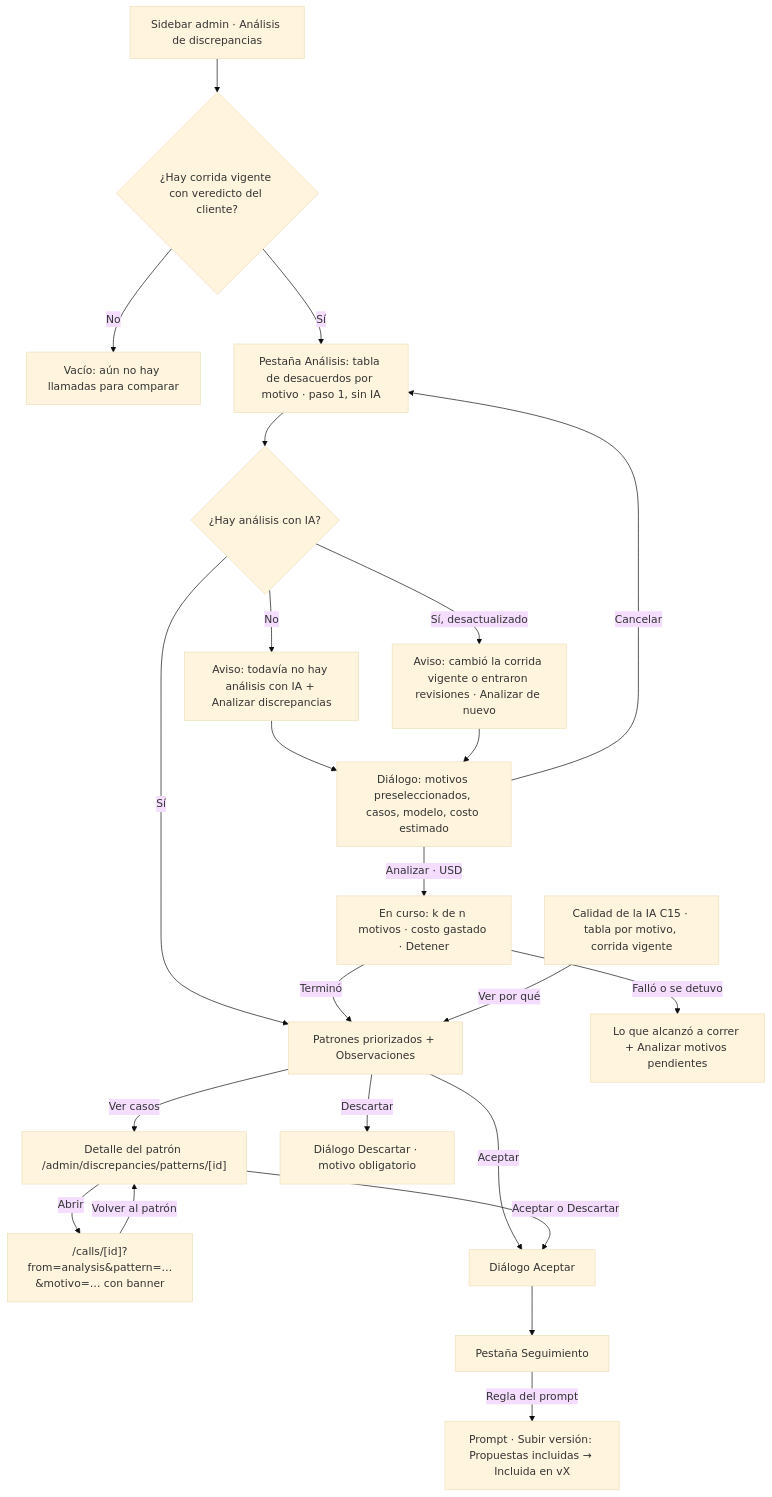
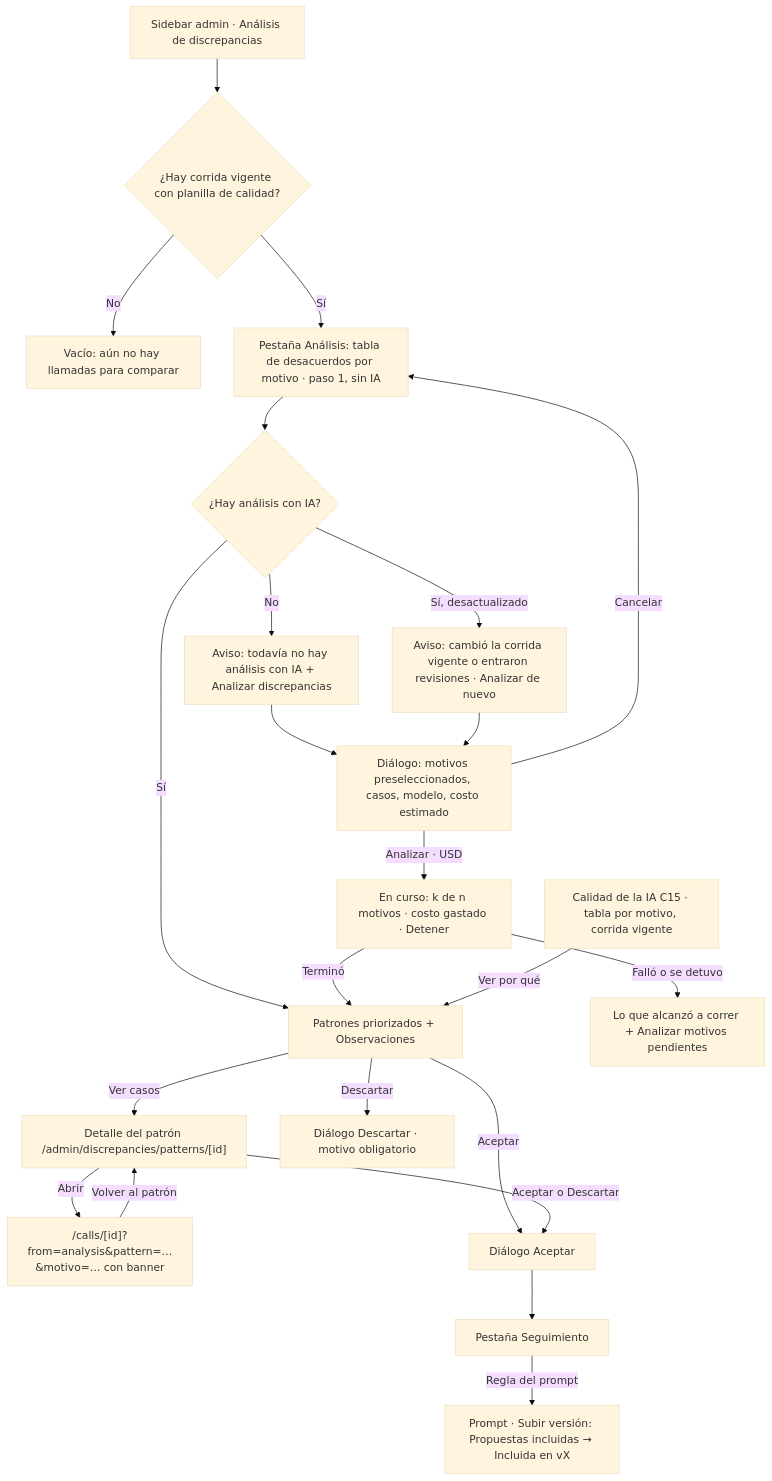
One commit to JRothkegel-QEnergy/Call-audit changed the diagram in docs/ux/call-audit/16-ia-discrepancias.md. Above: the diagram before and after it, drawn with Mermaid (base theme). The commit also changed other lines of this file and 43 other files, not shown here.

First line of the commit message:
feat(frontend): Cambio 17, "Planilla de calidad" y "la empresa" en vez de "cliente"

````diff
--- a/docs/ux/call-audit/16-ia-discrepancias.md
+++ b/docs/ux/call-audit/16-ia-discrepancias.md
@@ -135,25 +136,25 @@
 ```mermaid
 flowchart TD
-  A[Sidebar admin · Análisis de discrepancias] --> B{¿Hay corrida vigente con veredicto del cliente?}
+  A[Sidebar admin · Análisis de discrepancias] --> B{¿Hay corrida vigente con planilla de calidad?}
   B -- No --> B0[Vacío: aún no hay llamadas para comparar]
   B -- Sí --> C[Pestaña Análisis: tabla de desacuerdos por motivo · paso 1, sin IA]
   C --> D{¿Hay análisis con IA?}
   D -- No --> D0[Aviso: todavía no hay análisis con IA + Analizar discrepancias]
   D -- Sí, desactualizado --> D1[Aviso: cambió la corrida vigente o entraron revisiones · Analizar de nuevo]
   D -- Sí --> E[Patrones priorizados + Observaciones]
   D0 --> L[Diálogo: motivos preseleccionados, casos, modelo, costo estimado]
   D1 --> L
   L -- Cancelar --> C
   L -- Analizar · USD --> M[En curso: k de n motivos · costo gastado · Detener]
   M -- Terminó --> E
   M -- Falló o se detuvo --> M1[Lo que alcanzó a correr + Analizar motivos pendientes]
   E -- Ver casos --> F["Detalle del patrón /admin/discrepancies/patterns/[id]"]
   F -- Abrir --> G["/calls/[id]?from=analysis&pattern=…&motivo=… con banner"]
   G -- Volver al patrón --> F
   E -- Aceptar --> H[Diálogo Aceptar]
   E -- Descartar --> I[Diálogo Descartar · motivo obligatorio]
   F -- Aceptar o Descartar --> H
   H --> J[Pestaña Seguimiento]
   J -- Regla del prompt --> K[Prompt · Subir versión: Propuestas incluidas → Incluida en vX]
   CQ[Calidad de la IA C15 · tabla por motivo, corrida vigente] -- Ver por qué --> E
 ```
````
